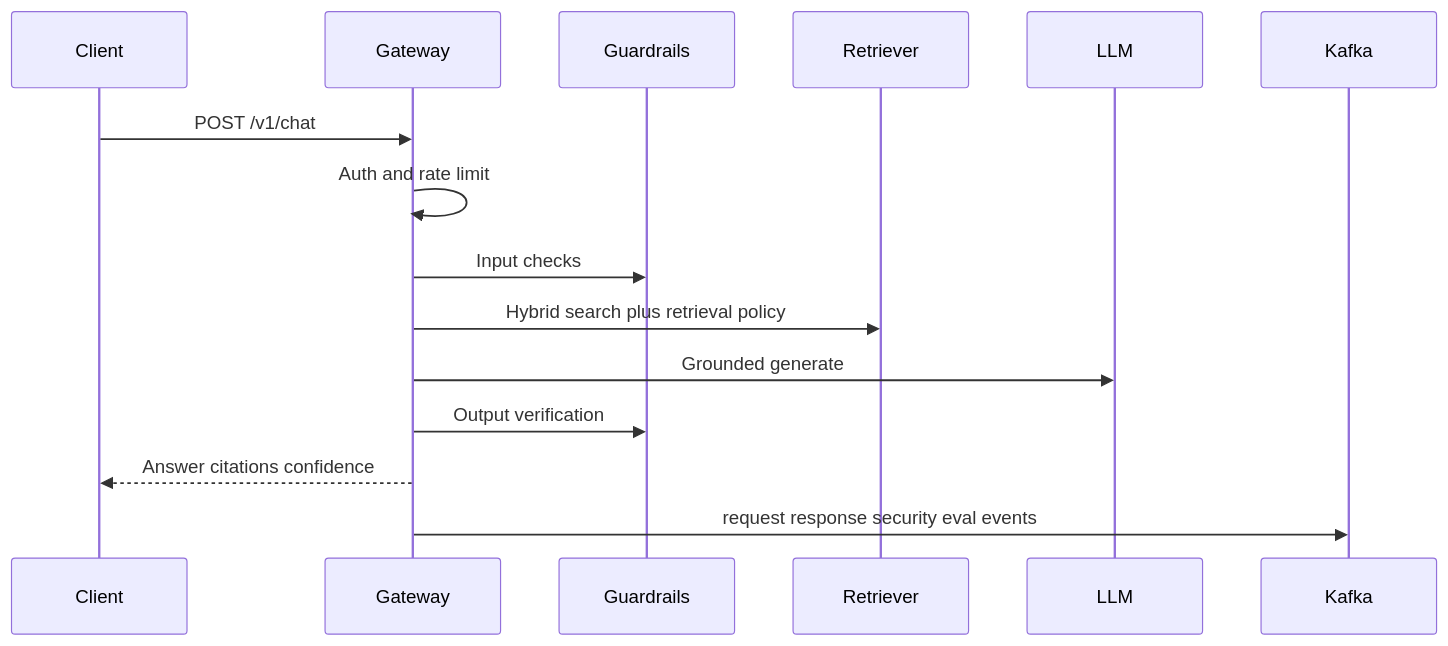
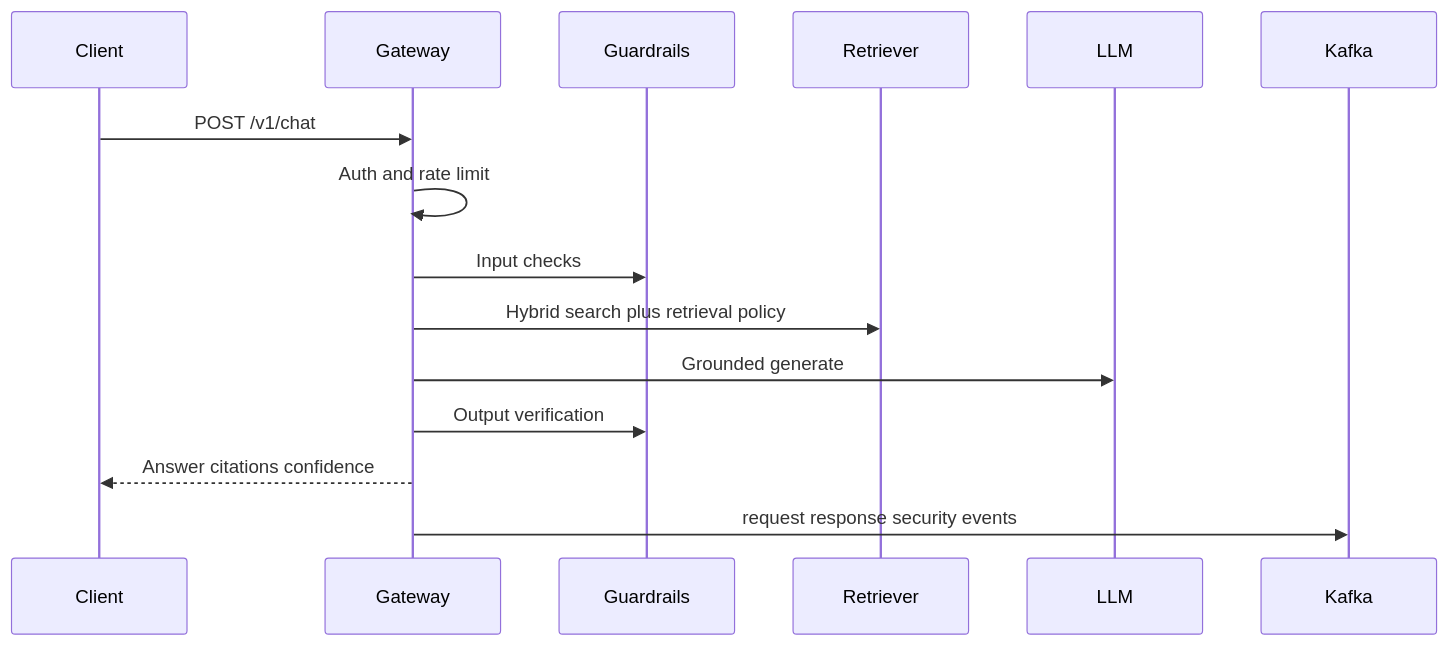
Before and after one commit to Maruthi-srinivas/AIGATEWAY: the third of 3 diagrams in docs/diagrams/request-path.md, drawn with Mermaid. The commit also changed other lines of this file and 24 other files, not shown here.

````diff
--- a/docs/diagrams/request-path.md
+++ b/docs/diagrams/request-path.md
@@ -75,17 +93,17 @@
 ```mermaid
 sequenceDiagram
     participant Client
     participant Gateway
     participant Guardrails
     participant Retriever
     participant LLM
     participant Kafka
     Client->>Gateway: POST /v1/chat
     Gateway->>Gateway: Auth and rate limit
     Gateway->>Guardrails: Input checks
     Gateway->>Retriever: Hybrid search plus retrieval policy
     Gateway->>LLM: Grounded generate
     Gateway->>Guardrails: Output verification
     Gateway-->>Client: Answer citations confidence
-    Gateway->>Kafka: request response security eval events
+    Gateway->>Kafka: request response security events
 ```
````
